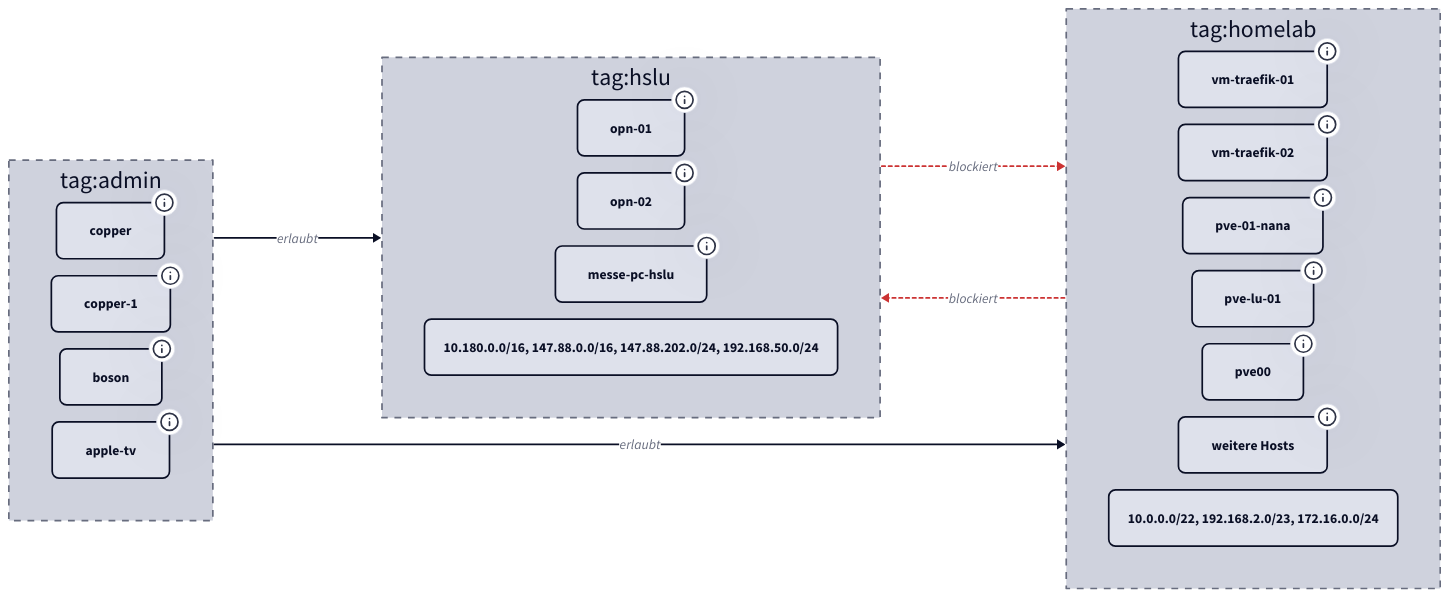
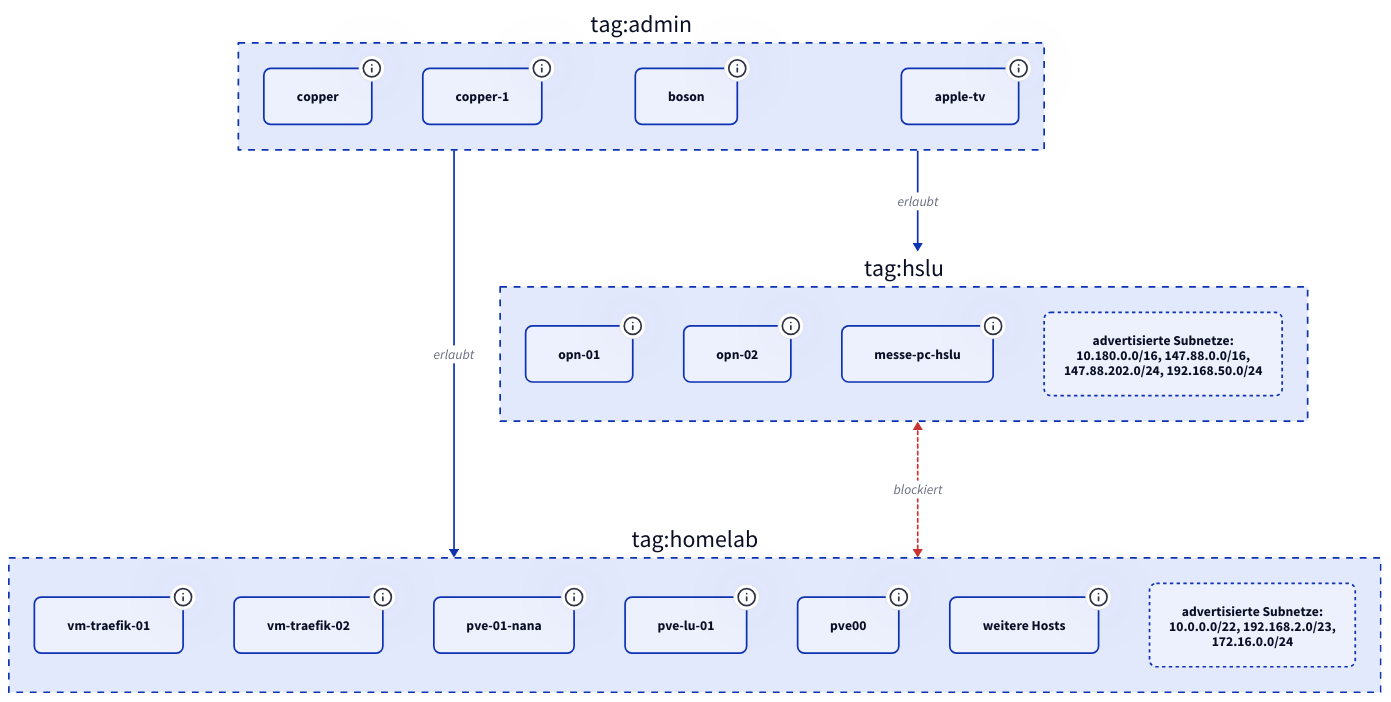
One commit to derever-labs/homelab-wiki changed the first of 2 diagrams in docs/netzwerk/tailscale.md. Above: the diagram before and after it, drawn with D2. The commit also changed other lines of this file and 9 other files, not shown here.

First line of the commit message:
docs(infrastruktur): Diagramme fuer TALA ueberarbeiten (Batch B2) (#100)

````diff
--- a/docs/netzwerk/tailscale.md
+++ b/docs/netzwerk/tailscale.md
@@ -23,58 +23,53 @@
 ```d2
-vars: {
-  d2-config: {
-    theme-id: 1
-    layout-engine: elk
-  }
-}
-direction: right
-
 classes: {
   cluster: {
     style.stroke-dash: 4
   }
   host: {
     style.border-radius: 8
+  }
+  nets: {
+    style.border-radius: 8
+    style.stroke-dash: 2
   }
   blocked: {
     style.stroke: "#cc3333"
     style.stroke-dash: 2
   }
 }
 
 ADMIN: "tag:admin" {
   class: cluster
   COPPER: copper { class: host; tooltip: "macOS, 100.92.200.106" }
   COPPER1: copper-1 { class: host; tooltip: "macOS, 100.77.173.91" }
   BOSON: boson { class: host; tooltip: "iOS, 100.103.149.48" }
   ATV: apple-tv { class: host; tooltip: "tvOS, 100.106.104.34" }
 }
 
 HSLU: "tag:hslu" {
   class: cluster
   OPN1: opn-01 { class: host; tooltip: "FreeBSD, 100.113.244.85, Subnet-Router" }
   OPN2: opn-02 { class: host; tooltip: "FreeBSD, 100.110.151.3, Subnet-Router" }
   MESSE: messe-pc-hslu { class: host; tooltip: "Windows, 100.116.116.63" }
-  HSLUNETS: "10.180.0.0/16, 147.88.0.0/16, 147.88.202.0/24, 192.168.50.0/24" {
-    class: host
+  HSLUNETS: "advertisierte Subnetze:\n10.180.0.0/16, 147.88.0.0/16,\n147.88.202.0/24, 192.168.50.0/24" {
+    class: nets
   }
 }
 
 HOMELAB: "tag:homelab" {
   class: cluster
   TRF1: vm-traefik-01 { class: host; tooltip: "Linux, 100.101.37.122, Subnet-Router + Exit-Node" }
   TRF2: vm-traefik-02 { class: host; tooltip: "Linux, 100.91.238.106, Subnet-Router + Exit-Node" }
   PVE: pve-01-nana { class: host; tooltip: "Linux, 100.81.116.122, Subnet-Router 192.168.2.0/23" }
   PVELU: pve-lu-01 { class: host; tooltip: "Linux, 100.112.213.18, Subnet-Router 172.16.0.0/24" }
   PVE00: pve00 { class: host; tooltip: "Linux, 100.89.174.31, Subnet-Router Lenzburg-VLANs" }
   MORE: "weitere Hosts" { class: host; tooltip: "pdm, checkmk-homelab, pve01, pve02, homeassistant (HA-Luzern) -- Tailnet-Mitglieder ohne Subnet-Routes" }
-  HOMELABNETS: "10.0.0.0/22, 192.168.2.0/23, 172.16.0.0/24" {
-    class: host
+  HOMELABNETS: "advertisierte Subnetze:\n10.0.0.0/22, 192.168.2.0/23,\n172.16.0.0/24" {
+    class: nets
   }
 }
 
 ADMIN -> HSLU: erlaubt
 ADMIN -> HOMELAB: erlaubt
-HSLU -> HOMELAB: blockiert { class: blocked }
-HOMELAB -> HSLU: blockiert { class: blocked }
+HSLU <-> HOMELAB: blockiert { class: blocked }
 ```
````
